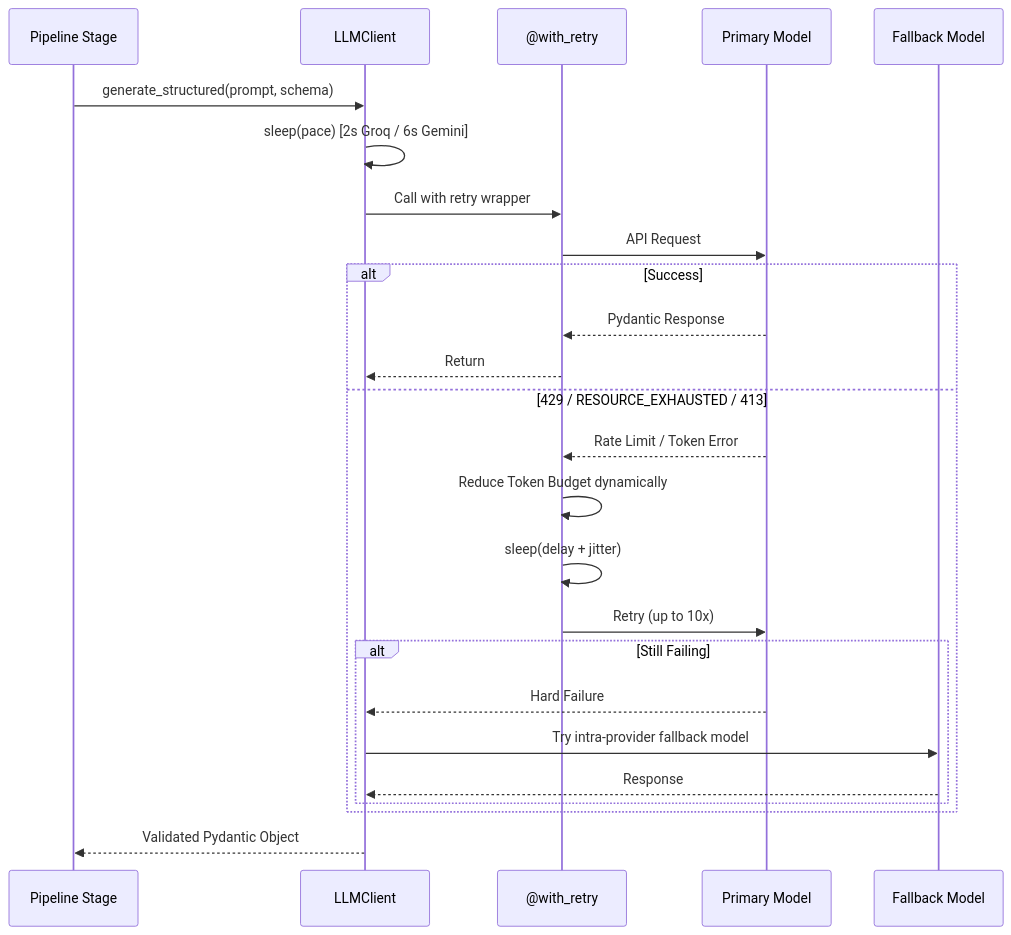
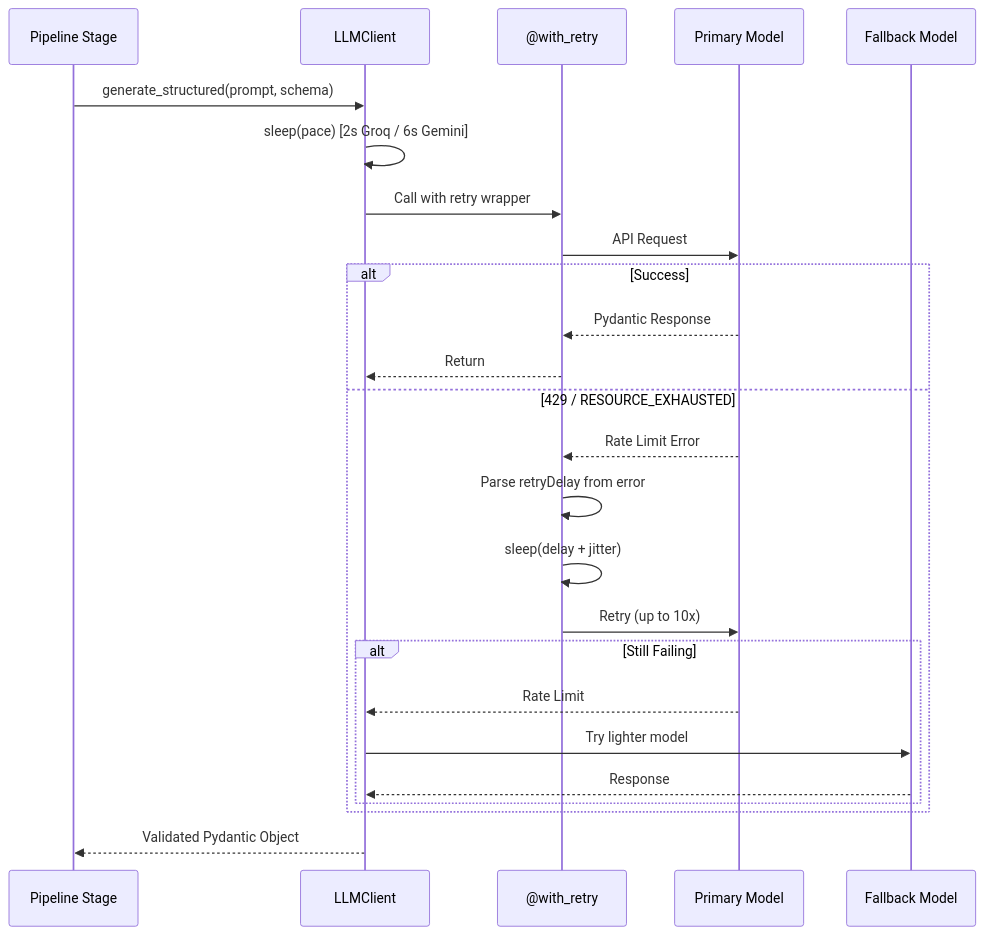
Before and after one commit to EhsaasBhalla/IIT-Mandi: the fourth of 6 diagrams in DESIGN_DOCUMENT.md, drawn with Mermaid. The commit also changed other lines of this file, not shown here.

Commit message:
docs: update architecture documentation to reflect Stage 4/5 chunking

````diff
--- a/DESIGN_DOCUMENT.md
+++ b/DESIGN_DOCUMENT.md
@@ -352,31 +340,31 @@
 ```mermaid
 sequenceDiagram
     participant Stage as Pipeline Stage
     participant Client as LLMClient
     participant Retry as @with_retry
     participant Primary as Primary Model
     participant Fallback as Fallback Model
 
     Stage->>Client: generate_structured(prompt, schema)
     Client->>Client: sleep(pace) [2s Groq / 6s Gemini]
     Client->>Retry: Call with retry wrapper
     Retry->>Primary: API Request
     
     alt Success
         Primary-->>Retry: Pydantic Response
         Retry-->>Client: Return
-    else 429 / RESOURCE_EXHAUSTED / 413
-        Primary-->>Retry: Rate Limit / Token Error
-        Retry->>Retry: Reduce Token Budget dynamically
+    else 429 / RESOURCE_EXHAUSTED
+        Primary-->>Retry: Rate Limit Error
+        Retry->>Retry: Parse retryDelay from error
         Retry->>Retry: sleep(delay + jitter)
         Retry->>Primary: Retry (up to 10x)
         
         alt Still Failing
-            Primary-->>Client: Hard Failure
-            Client->>Fallback: Try intra-provider fallback model
+            Primary-->>Client: Rate Limit
+            Client->>Fallback: Try lighter model
             Fallback-->>Client: Response
         end
     end
 
     Client-->>Stage: Validated Pydantic Object
 ```
````
